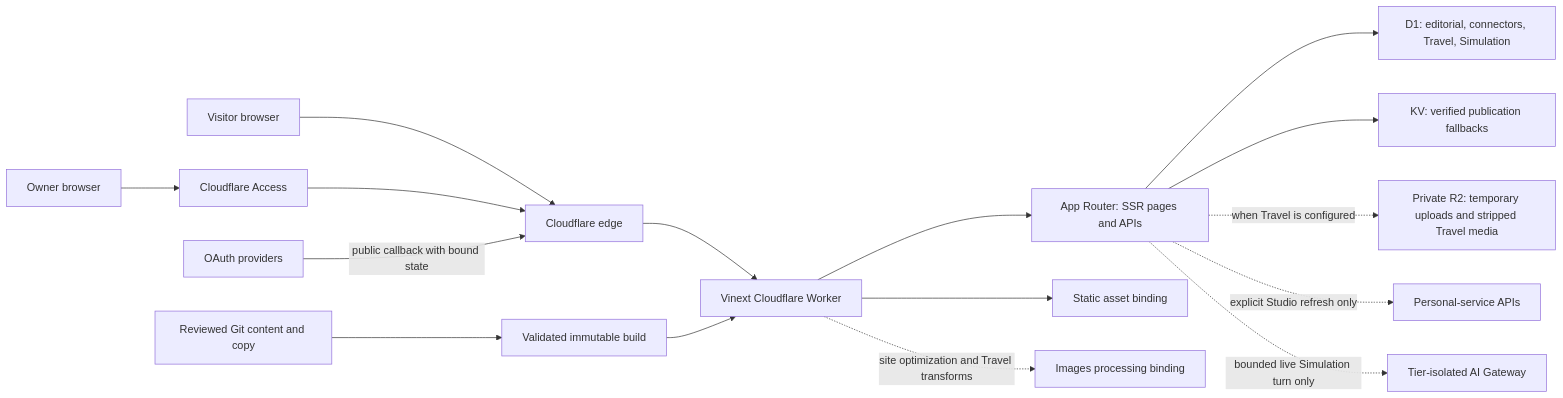
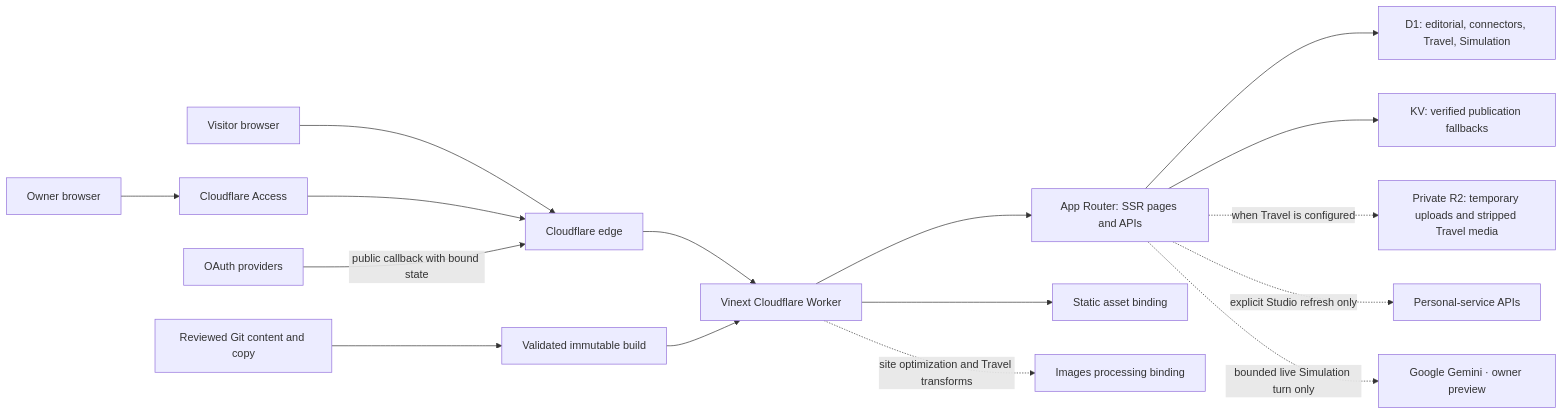
One commit to ash0ts/anish-shah-work-in-public changed the first of 5 diagrams in docs/architecture/codebase-tour.md. Above: the diagram before and after it, drawn with Mermaid. The commit also changed other lines of this file and 127 other files, not shown here.

Commit message:
feat(simulation): add a sourced pixel conversation and private Gemini setup

````diff
--- a/docs/architecture/codebase-tour.md
+++ b/docs/architecture/codebase-tour.md
@@ -31,16 +31,16 @@
 ```mermaid
 flowchart LR
   visitor["Visitor browser"] --> edge["Cloudflare edge"]
   owner["Owner browser"] --> access["Cloudflare Access"] --> edge
   edge --> worker["Vinext Cloudflare Worker"]
   worker --> app["App Router: SSR pages and APIs"]
   worker --> assets["Static asset binding"]
   worker -. "site optimization and Travel transforms" .-> images["Images processing binding"]
   app --> d1["D1: editorial, connectors, Travel, Simulation"]
   app --> kv["KV: verified publication fallbacks"]
   app -. "when Travel is configured" .-> r2["Private R2: temporary uploads and stripped Travel media"]
   app -. "explicit Studio refresh only" .-> providers["Personal-service APIs"]
   oauth["OAuth providers"] -->|"public callback with bound state"| edge
-  app -. "bounded live Simulation turn only" .-> gateway["Tier-isolated AI Gateway"]
+  app -. "bounded live Simulation turn only" .-> gateway["Google Gemini · owner preview"]
   repo["Reviewed Git content and copy"] --> build["Validated immutable build"] --> worker
 ```
````
